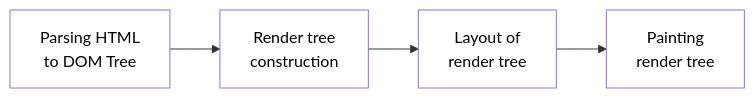
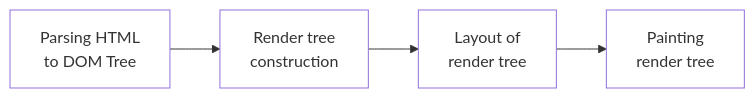
One commit to pesto-students/p3-priyanka-aravinthraaj changed the second of 6 diagrams in Week-1/Browser.md. Above: the diagram before and after it, drawn with Mermaid. The commit also changed other lines of this file, not shown here.

````diff
--- a/Week-1/Browser.md
+++ b/Week-1/Browser.md
@@ -60,12 +60,11 @@
 ```mermaid
   flowchart LR;
       1[Parsing HTML \n to DOM Tree];
       2[Render tree \n construction];
       3[Layout of \n render tree];
       4[Painting \n render tree];
       1-->2-->3-->4;
-      style 1 fill:#fff,color:#000
-      style 2 fill:#fff,color:#000
-      style 3 fill:#fff,color:#000
-      style 4 fill:#fff,color:#000
+      classDef customStyle fill:#fff;
+      class 1,2,3,4,5,6 customStyle;
+
 ```
````
